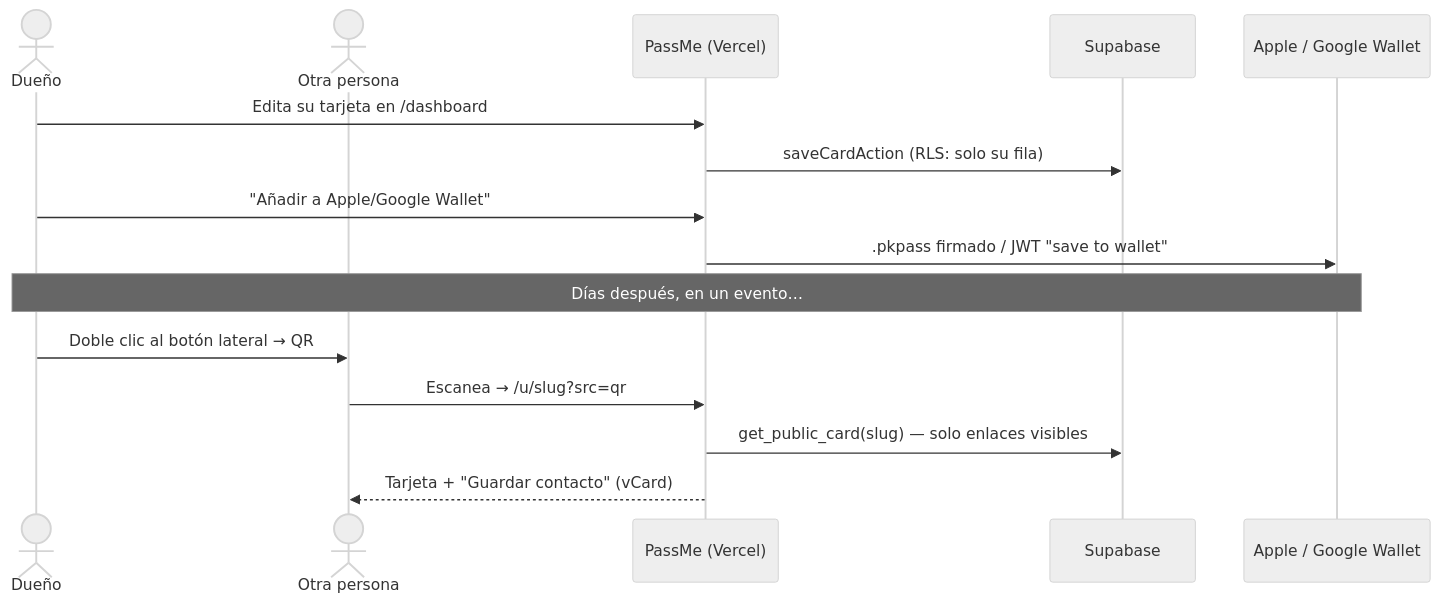
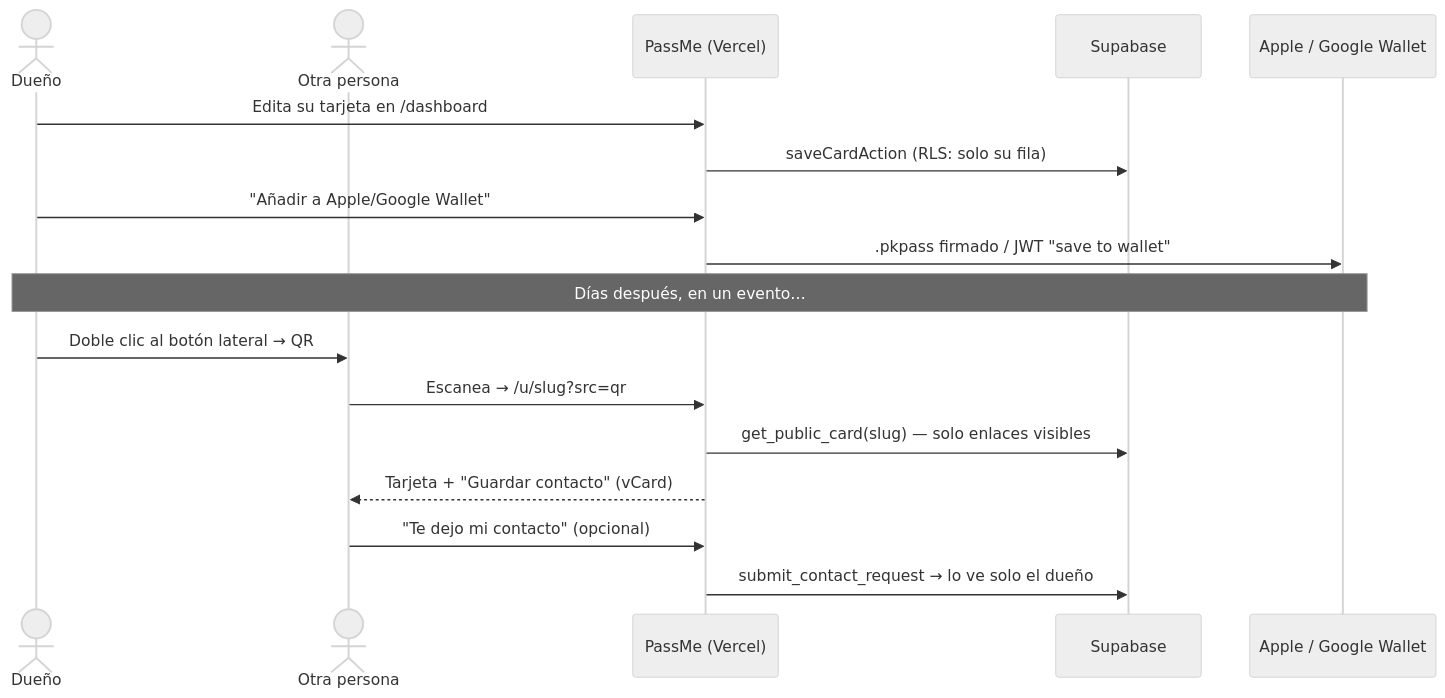
Before and after one commit to diegomolinacatala/PassMe: the first of 4 diagrams in docs/ARCHITECTURE.md, drawn with Mermaid (neutral theme). The commit also changed other lines of this file and 4 other files, not shown here.

````diff
--- a/docs/ARCHITECTURE.md
+++ b/docs/ARCHITECTURE.md
@@ -5,18 +5,20 @@
 ```mermaid
 sequenceDiagram
     actor Dueño
     actor Contacto as Otra persona
     participant Web as PassMe (Vercel)
     participant DB as Supabase
     participant Wallet as Apple / Google Wallet
 
     Dueño->>Web: Edita su tarjeta en /dashboard
     Web->>DB: saveCardAction (RLS: solo su fila)
     Dueño->>Web: "Añadir a Apple/Google Wallet"
     Web->>Wallet: .pkpass firmado / JWT "save to wallet"
     Note over Dueño,Wallet: Días después, en un evento…
     Dueño->>Contacto: Doble clic al botón lateral → QR
     Contacto->>Web: Escanea → /u/slug?src=qr
     Web->>DB: get_public_card(slug) — solo enlaces visibles
     Web-->>Contacto: Tarjeta + "Guardar contacto" (vCard)
+    Contacto->>Web: "Te dejo mi contacto" (opcional)
+    Web->>DB: submit_contact_request → lo ve solo el dueño
 ```
````
